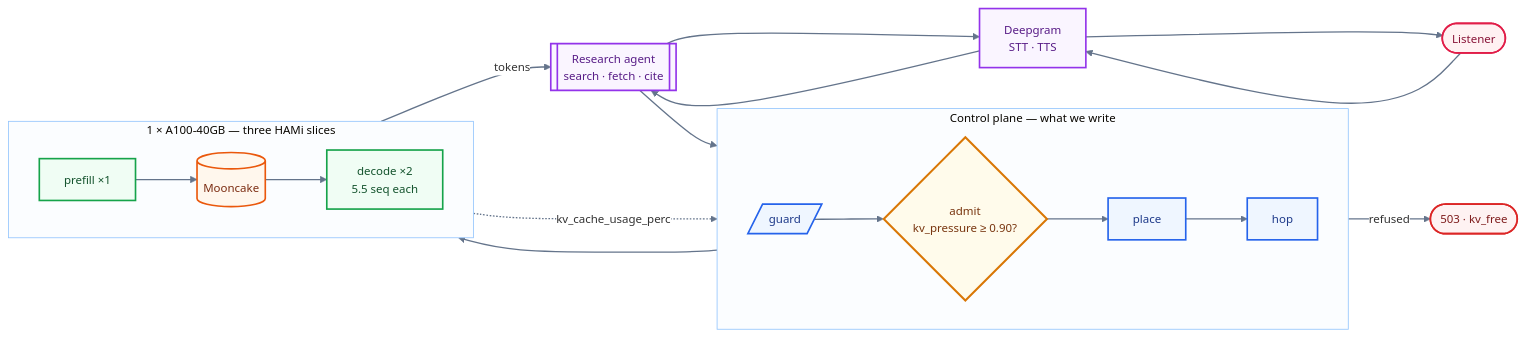
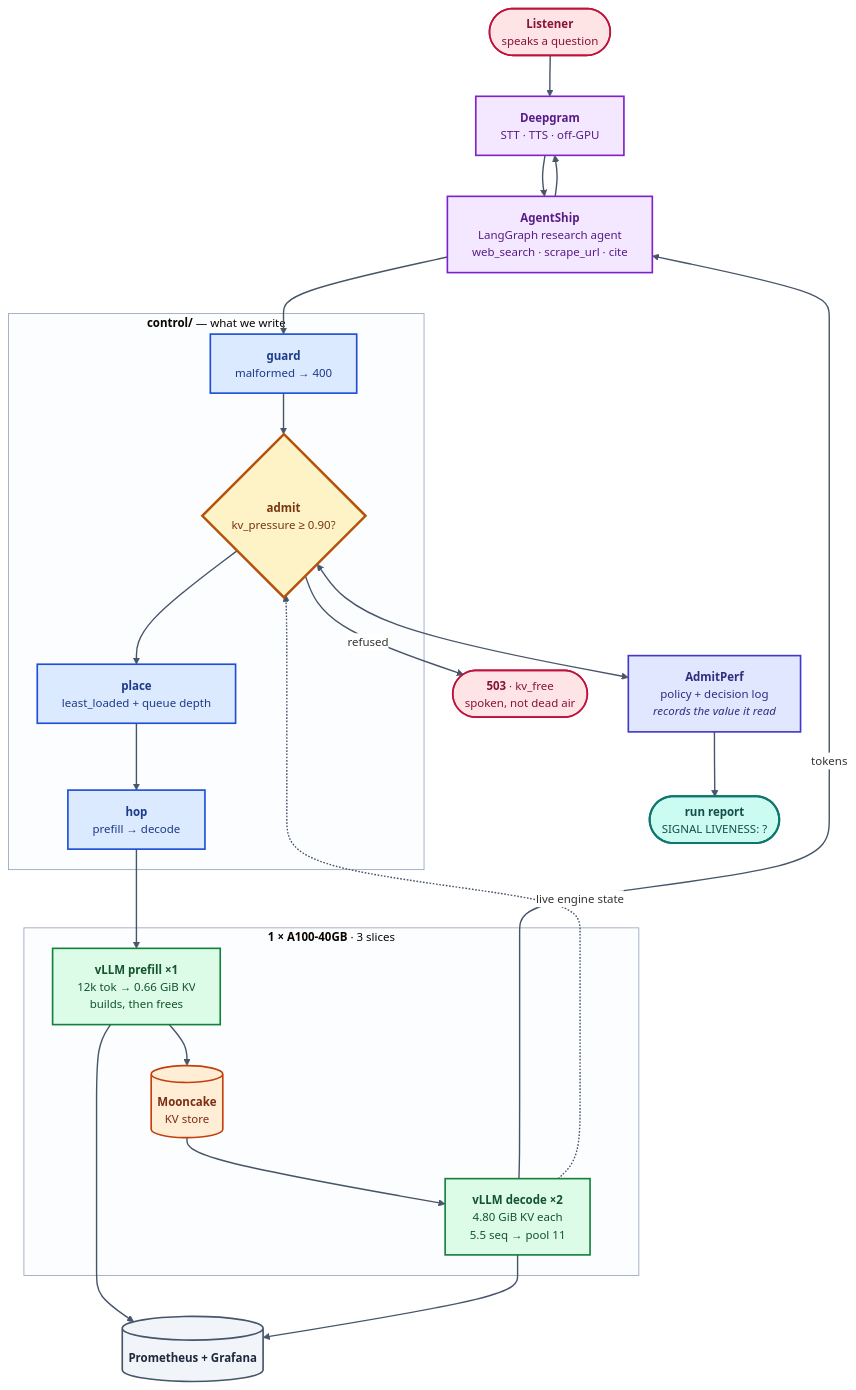
The diagram in README.md (harshuljain13/Dodona), drawn with Mermaid before and after one commit. The commit also changed other lines of this file, not shown here.

````diff
--- a/README.md
+++ b/README.md
@@ -32,45 +41,63 @@
 ```mermaid
 %%{init: {'theme':'base','themeVariables':{
   'fontFamily':'Helvetica, Arial, sans-serif','fontSize':'14px',
-  'lineColor':'#64748b','clusterBkg':'#fbfdff','clusterBorder':'#93c5fd',
+  'lineColor':'#475569','clusterBkg':'#fcfdff','clusterBorder':'#94a3b8',
   'edgeLabelBackground':'#ffffff'}}}%%
-flowchart LR
-    L(["Listener"])
-    DG["Deepgram<br/>STT · TTS"]
-    AG[["Research agent<br/>search · fetch · cite"]]
+flowchart TD
+    L(["<b>Listener</b><br/>speaks a question"])
+    DG["<b>Deepgram</b><br/>STT · TTS · off-GPU"]
+    AG["<b>AgentShip</b><br/>LangGraph research agent<br/>web_search · scrape_url · cite"]
 
-    subgraph CP["Control plane — what we write"]
-        direction LR
-        GD[/"guard"/] --> AD{"admit<br/>kv_pressure ≥ 0.90?"} --> PL["place"] --> HP["hop"]
+    subgraph CP["<b>control/</b> — what we write"]
+        GD["<b>guard</b><br/>malformed → 400"]
+        AD{"<b>admit</b><br/>kv_pressure ≥ 0.90?"}
+        PL["<b>place</b><br/>least_loaded + queue depth"]
+        HP["<b>hop</b><br/>prefill → decode"]
+        GD --> AD --> PL --> HP
     end
 
-    RF(["503 · kv_free"])
+    AP["<b>AdmitPerf</b><br/>policy + decision log<br/><i>records the value it read</i>"]
+    RF(["<b>503</b> · kv_free<br/>spoken, not dead air"])
 
-    subgraph GPU["1 × A100-40GB — three HAMi slices"]
-        direction LR
-        PF["prefill ×1"] --> MC[("Mooncake")] --> DC["decode ×2<br/>5.5 seq each"]
+    subgraph GPU["<b>1 × A100-40GB</b> · 3 slices"]
+        PF["<b>vLLM prefill ×1</b><br/>12k tok → 0.66 GiB KV<br/>builds, then frees"]
+        MC[("<b>Mooncake</b><br/>KV store")]
+        DC["<b>vLLM decode ×2</b><br/>4.80 GiB KV each<br/>5.5 seq → pool 11"]
+        PF --> MC --> DC
     end
+
+    OB[("<b>Prometheus + Grafana</b>")]
+    RP(["<b>run report</b><br/>SIGNAL LIVENESS: ?"])
 
     L --> DG --> AG --> GD
     HP --> PF
-    DC -->|"tokens"| AG --> DG --> L
+    DC -->|"tokens"| AG
+    AG --> DG
     AD -->|"refused"| RF
-    DC -. "kv_cache_usage_perc" .-> AD
+    AD <--> AP
+    AP --> RP
+    DC -.->|"live engine state"| AD
+    PF --> OB
+    DC --> OB
 
-    class L actor
+    class L,RF actor
     class DG,AG ext
     class GD,PL,HP ours
     class AD gate
     class PF,DC engine
     class MC store
-    class RF dead
+    class AP lib
+    class OB obs
+    class RP out
 
-    classDef actor  fill:#fff1f2,stroke:#e11d48,stroke-width:2px,color:#881337
-    classDef ext    fill:#faf5ff,stroke:#9333ea,stroke-width:2px,color:#581c87
-    classDef ours   fill:#eff6ff,stroke:#2563eb,stroke-width:2px,color:#1e3a8a
-    classDef gate   fill:#fffbeb,stroke:#d97706,stroke-width:2.5px,color:#78350f
-    classDef engine fill:#f0fdf4,stroke:#16a34a,stroke-width:2px,color:#14532d
-    classDef store  fill:#fff7ed,stroke:#ea580c,stroke-width:2px,color:#7c2d12
-    classDef dead   fill:#fef2f2,stroke:#dc2626,stroke-width:2px,color:#7f1d1d
-    linkStyle default stroke:#64748b,stroke-width:1.6px
+    classDef actor  fill:#ffe4e6,stroke:#be123c,stroke-width:2px,color:#881337
+    classDef ext    fill:#f3e8ff,stroke:#7e22ce,stroke-width:2px,color:#581c87
+    classDef ours   fill:#dbeafe,stroke:#1d4ed8,stroke-width:2px,color:#1e3a8a
+    classDef gate   fill:#fef3c7,stroke:#b45309,stroke-width:3px,color:#78350f
+    classDef engine fill:#dcfce7,stroke:#15803d,stroke-width:2px,color:#14532d
+    classDef store  fill:#ffedd5,stroke:#c2410c,stroke-width:2px,color:#7c2d12
+    classDef lib    fill:#e0e7ff,stroke:#4338ca,stroke-width:2px,color:#312e81
+    classDef obs    fill:#f1f5f9,stroke:#475569,stroke-width:2px,color:#1e293b
+    classDef out    fill:#ccfbf1,stroke:#0f766e,stroke-width:2.5px,color:#134e4a
+    linkStyle default stroke:#475569,stroke-width:1.7px
 ```
````
